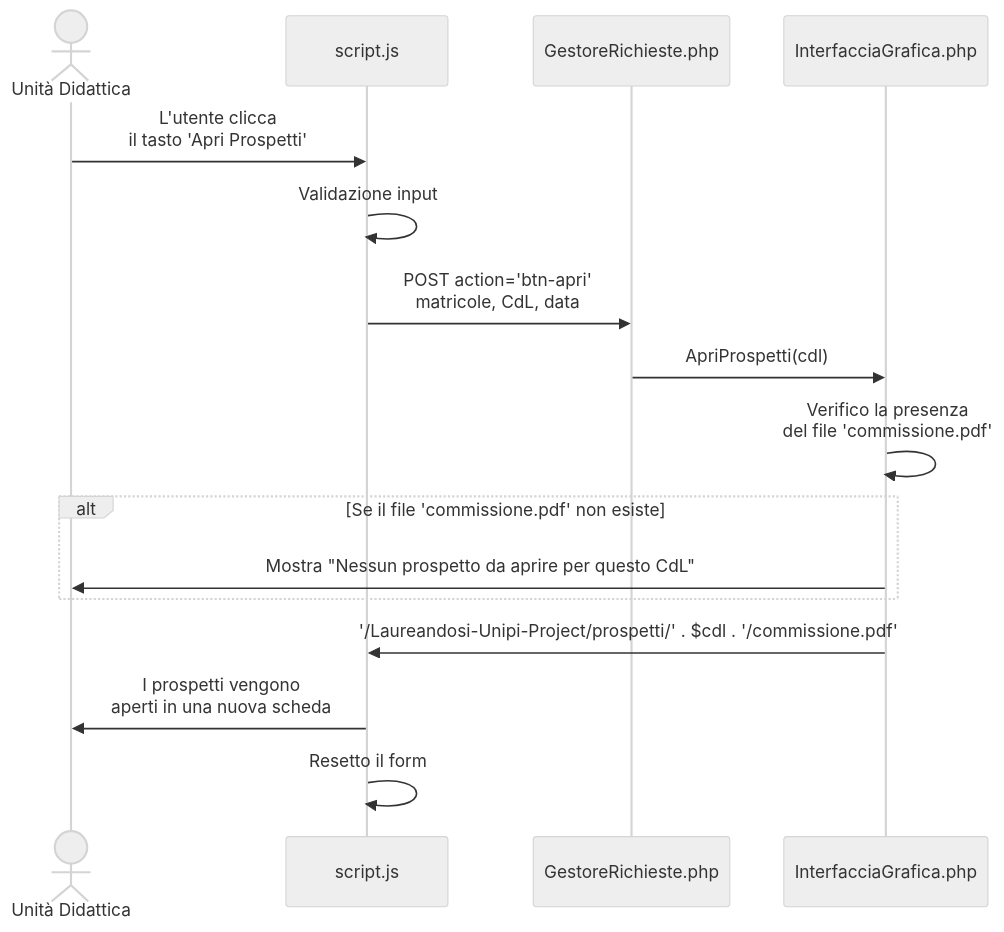
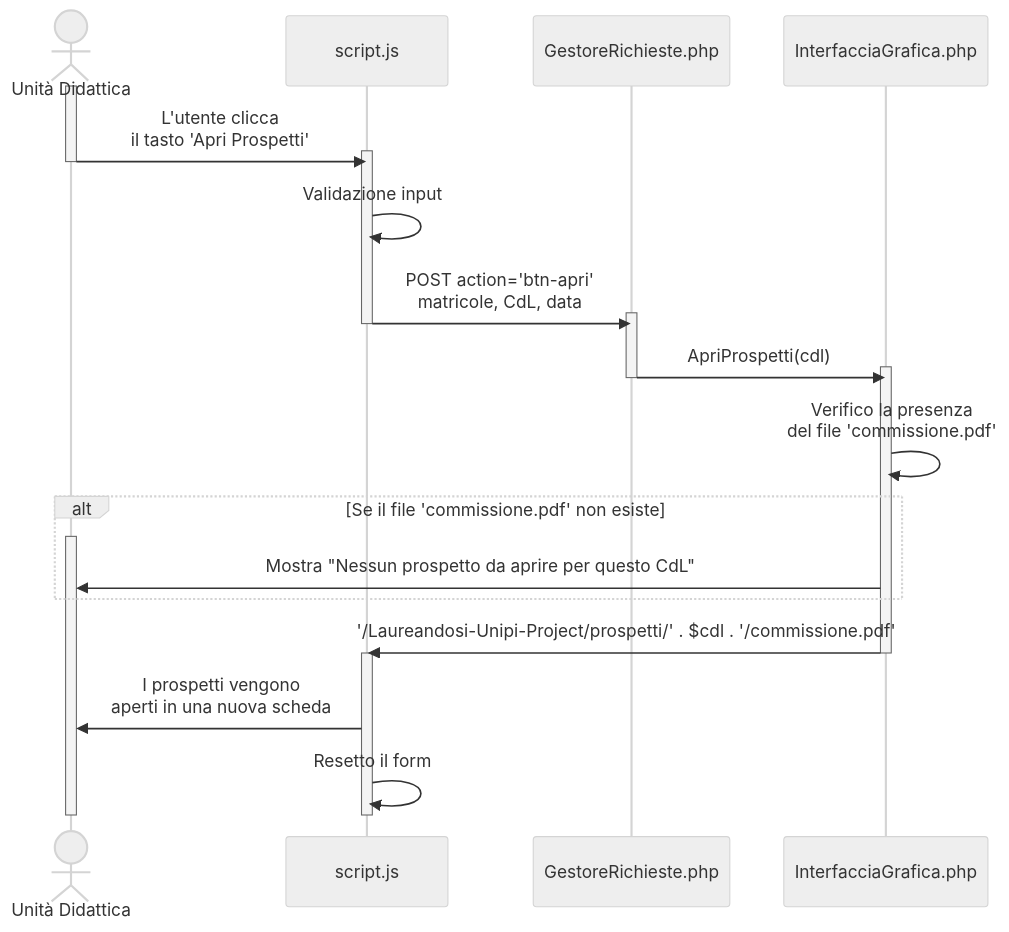
One commit to giuse27/Laureandosi-Unipi-Project changed the diagram in docs/risorse-fasi-progetto/3. implementazione/ApriProspettiCommissione.mmd. Above: the diagram before and after it, drawn with Mermaid (neutral theme). The commit also changed 1 other file, not shown here.

Commit message:
Aggiunte le activation zone ai diagrammi di sequenza

```diff
--- a/docs/risorse-fasi-progetto/3. implementazione/ApriProspettiCommissione.mmd
+++ b/docs/risorse-fasi-progetto/3. implementazione/ApriProspettiCommissione.mmd
@@ -1,20 +1,32 @@
 sequenceDiagram 
     actor utente as Unità Didattica
     participant script as script.js
     participant gestore as GestoreRichieste.php
     participant interfaccia as InterfacciaGrafica.php
 
-    utente->>script: L'utente clicca<br/>il tasto 'Apri Prospetti'
+    activate utente 
+    utente->>script: L'utente clicca<br/>il tasto 'Apri Prospetti' 
+    activate script 
+    deactivate utente 
     script->>script: Validazione input
     script->>gestore: POST action='btn-apri'<br/>matricole, CdL, data
+    activate gestore 
+    deactivate script 
 
     gestore->>interfaccia: ApriProspetti(cdl)
+    activate interfaccia 
+    deactivate gestore 
     interfaccia->>interfaccia: Verifico la presenza<br/>del file 'commissione.pdf'
     alt Se il file 'commissione.pdf' non esiste
+        activate utente 
         interfaccia->>utente: Mostra "Nessun prospetto da aprire per questo CdL" 
     end 
 
     interfaccia->>script: '/Laureandosi-Unipi-Project/prospetti/' . $cdl . '/commissione.pdf'
+    activate script 
+    deactivate interfaccia 
 
     script->>utente: I prospetti vengono<br/>aperti in una nuova scheda
     script->>script: Resetto il form
+    deactivate utente 
+    deactivate script 
```
